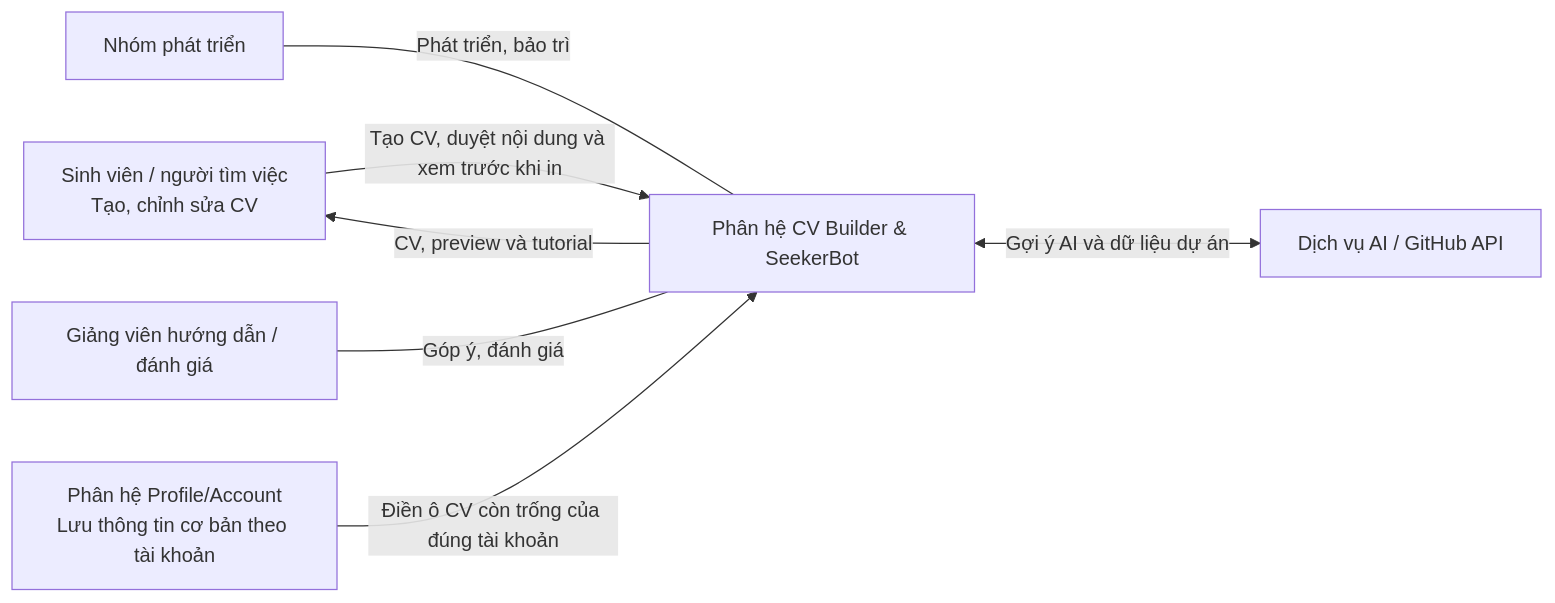
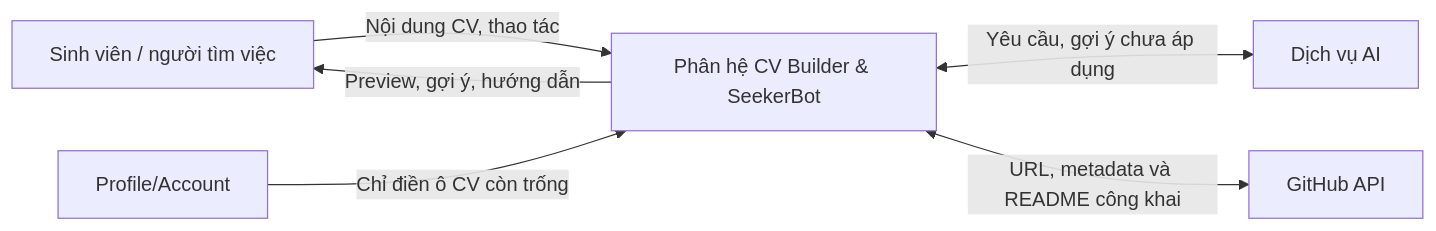
Before and after one commit to DungLe939/Docs-HireUS-Tools: the diagram in docs/Week02/Submission/Bai_lam_CV_Builder_SeekerBot.md, drawn with Mermaid. The commit also changed other lines of this file and 2 other files, not shown here.

````diff
--- a/docs/Week02/Submission/Bai_lam_CV_Builder_SeekerBot.md
+++ b/docs/Week02/Submission/Bai_lam_CV_Builder_SeekerBot.md
@@ -15,16 +13,14 @@
 ```mermaid
 flowchart LR
-    U["Sinh viên / người tìm việc<br/>Tạo, chỉnh sửa CV"]
-    DEV["Nhóm phát triển"]
-    GV["Giảng viên hướng dẫn / đánh giá"]
-    EXT["Dịch vụ AI / GitHub API"]
-    PROFILE["Phân hệ Profile/Account<br/>Lưu thông tin cơ bản theo tài khoản"]
+    U["Sinh viên / người tìm việc"]
+    PROFILE["Profile/Account"]
+    AI["Dịch vụ AI"]
+    GH["GitHub API"]
     SYS["Phân hệ CV Builder & SeekerBot"]
 
-    U -->|"Tạo CV, duyệt nội dung và xem trước khi in"| SYS
-    SYS -->|"CV, preview và tutorial"| U
-    DEV ---|"Phát triển, bảo trì"| SYS
-    GV ---|"Góp ý, đánh giá"| SYS
-    SYS <-->|"Gợi ý AI và dữ liệu dự án"| EXT
-    PROFILE -->|"Điền ô CV còn trống của đúng tài khoản"| SYS
+    U -->|"Nội dung CV, thao tác"| SYS
+    SYS -->|"Preview, gợi ý, hướng dẫn"| U
+    PROFILE -->|"Chỉ điền ô CV còn trống"| SYS
+    SYS <-->|"Yêu cầu, gợi ý chưa áp dụng"| AI
+    SYS <-->|"URL, metadata và README công khai"| GH
 ```
````
